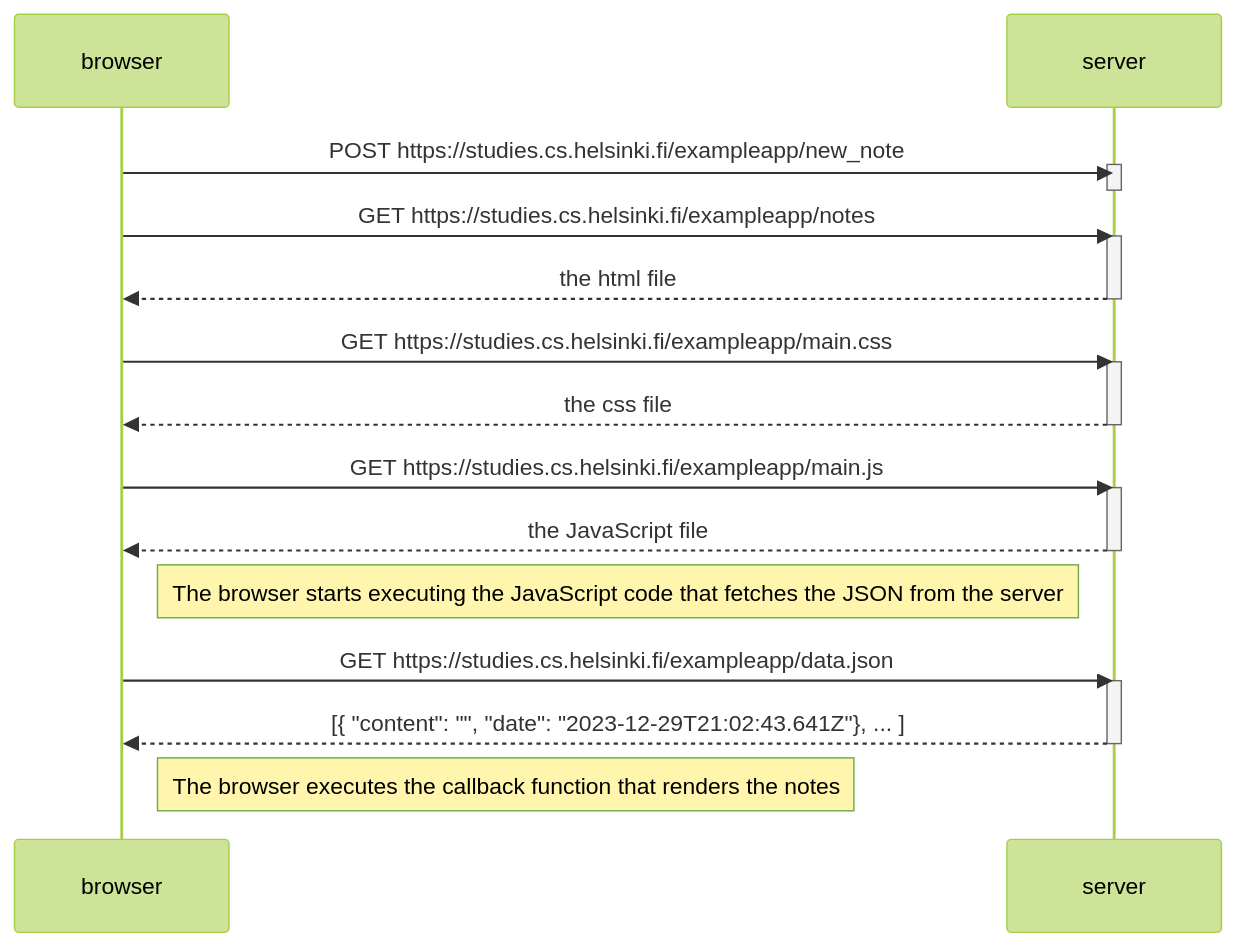
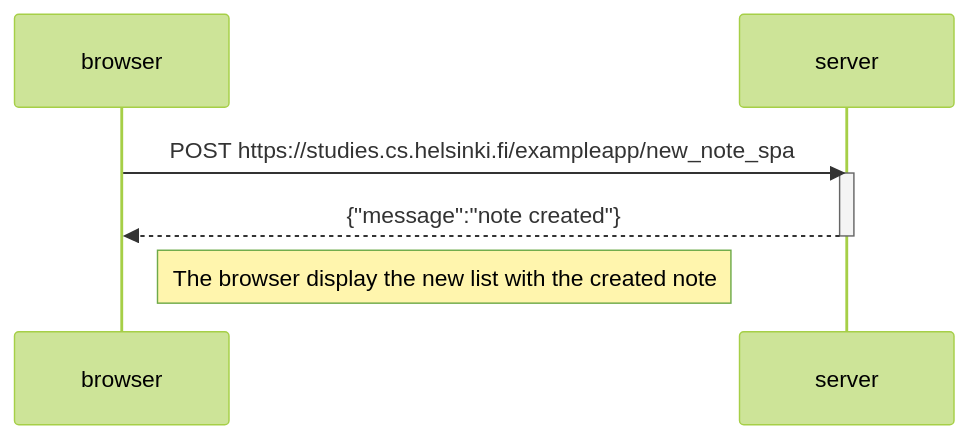
One commit to benjaminseoww/fullstackopen changed the diagram in part0/exercise0.4.md. Above: the diagram before and after it, drawn with Mermaid (forest theme).

````diff
--- a/part0/exercise0.4.md
+++ b/part0/exercise0.4.md
@@ -1,33 +1,12 @@
 ```mermaid
 sequenceDiagram
     participant browser
     participant server
 
-    browser->>server: POST https://studies.cs.helsinki.fi/exampleapp/new_note
+    browser->>server: POST https://studies.cs.helsinki.fi/exampleapp/new_note_spa
     activate server
+    server-->>browser: {"message":"note created"}
     deactivate server
 
-    browser->>server: GET https://studies.cs.helsinki.fi/exampleapp/notes
-    activate server
-    server-->>browser: the html file 
-    deactivate server
-
-    browser->>server: GET https://studies.cs.helsinki.fi/exampleapp/main.css
-    activate server
-    server-->>browser: the css file 
-    deactivate server
-
-    browser->>server: GET https://studies.cs.helsinki.fi/exampleapp/main.js
-    activate server
-    server-->>browser: the JavaScript file
-    deactivate server
-
-    Note right of browser: The browser starts executing the JavaScript code that fetches the JSON from the server
-
-    browser->>server: GET https://studies.cs.helsinki.fi/exampleapp/data.json
-    activate server
-    server-->>browser: [{ "content": "", "date": "2023-12-29T21:02:43.641Z"}, ... ]
-    deactivate server
-
-    Note right of browser: The browser executes the callback function that renders the notes
+    Note right of browser: The browser display the new list with the created note
 ```
````
